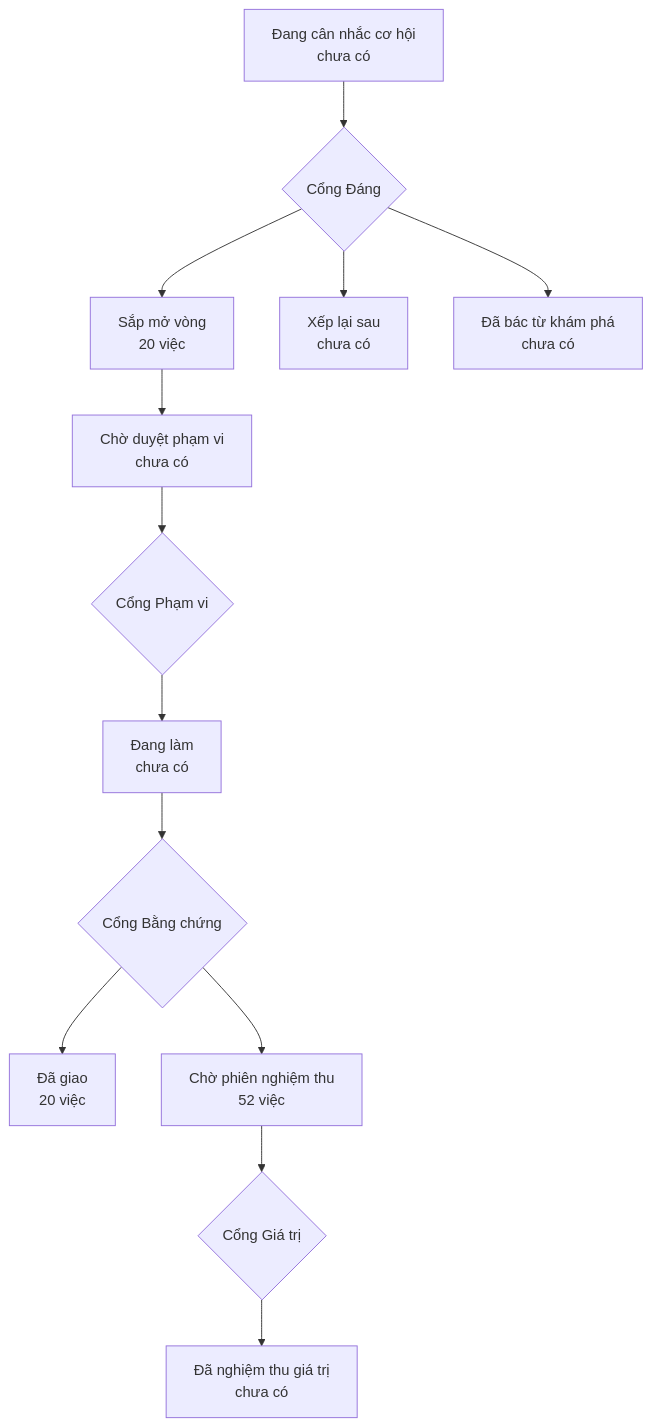
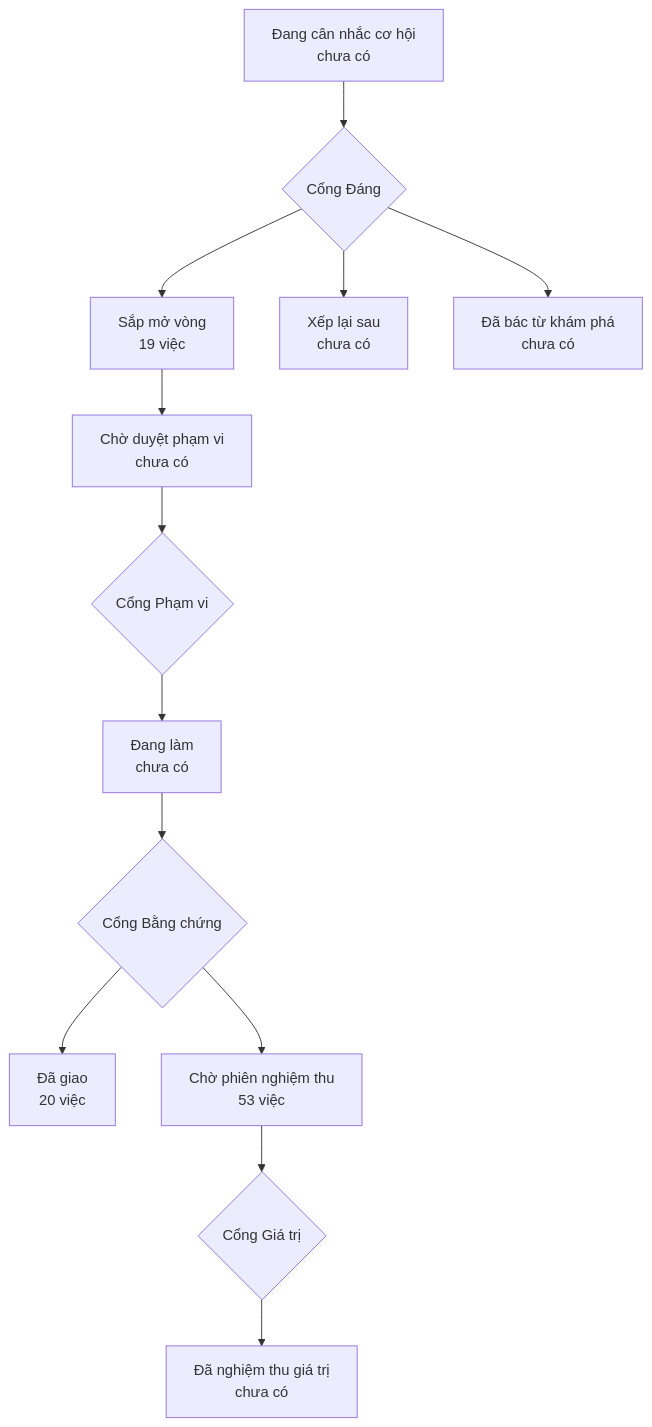
Before and after one commit to phanlemanh/onehub-quy-hang: the diagram in PRODUCT-MAP.md, drawn with Mermaid. The commit also changed 1 other file, not shown here.

Commit message:
chore: vẽ lại bản đồ và lộ trình sau gộp nhánh chính (PR #106)

````diff
--- a/PRODUCT-MAP.md
+++ b/PRODUCT-MAP.md
@@ -7,12 +7,12 @@
 ```mermaid
 flowchart TD
   A["Đang cân nhắc cơ hội<br/>chưa có"] --> GD{"Cổng Đáng"}
-  GD --> B["Sắp mở vòng<br/>20 việc"]
+  GD --> B["Sắp mở vòng<br/>19 việc"]
   GD --> XL["Xếp lại sau<br/>chưa có"]
   GD --> DB["Đã bác từ khám phá<br/>chưa có"]
   B --> CD["Chờ duyệt phạm vi<br/>chưa có"] --> GP{"Cổng Phạm vi"}
   GP --> DL["Đang làm<br/>chưa có"] --> GB{"Cổng Bằng chứng"}
   GB --> DG["Đã giao<br/>20 việc"]
-  GB --> CN["Chờ phiên nghiệm thu<br/>52 việc"] --> GG{"Cổng Giá trị"}
+  GB --> CN["Chờ phiên nghiệm thu<br/>53 việc"] --> GG{"Cổng Giá trị"}
   GG --> NT["Đã nghiệm thu giá trị<br/>chưa có"]
 ```
````
